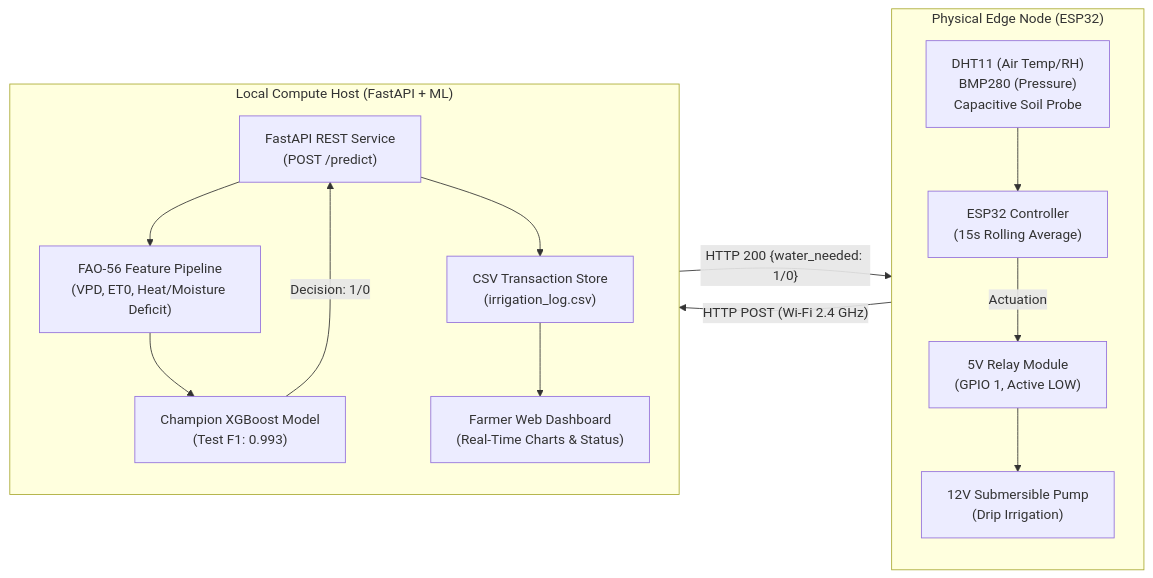
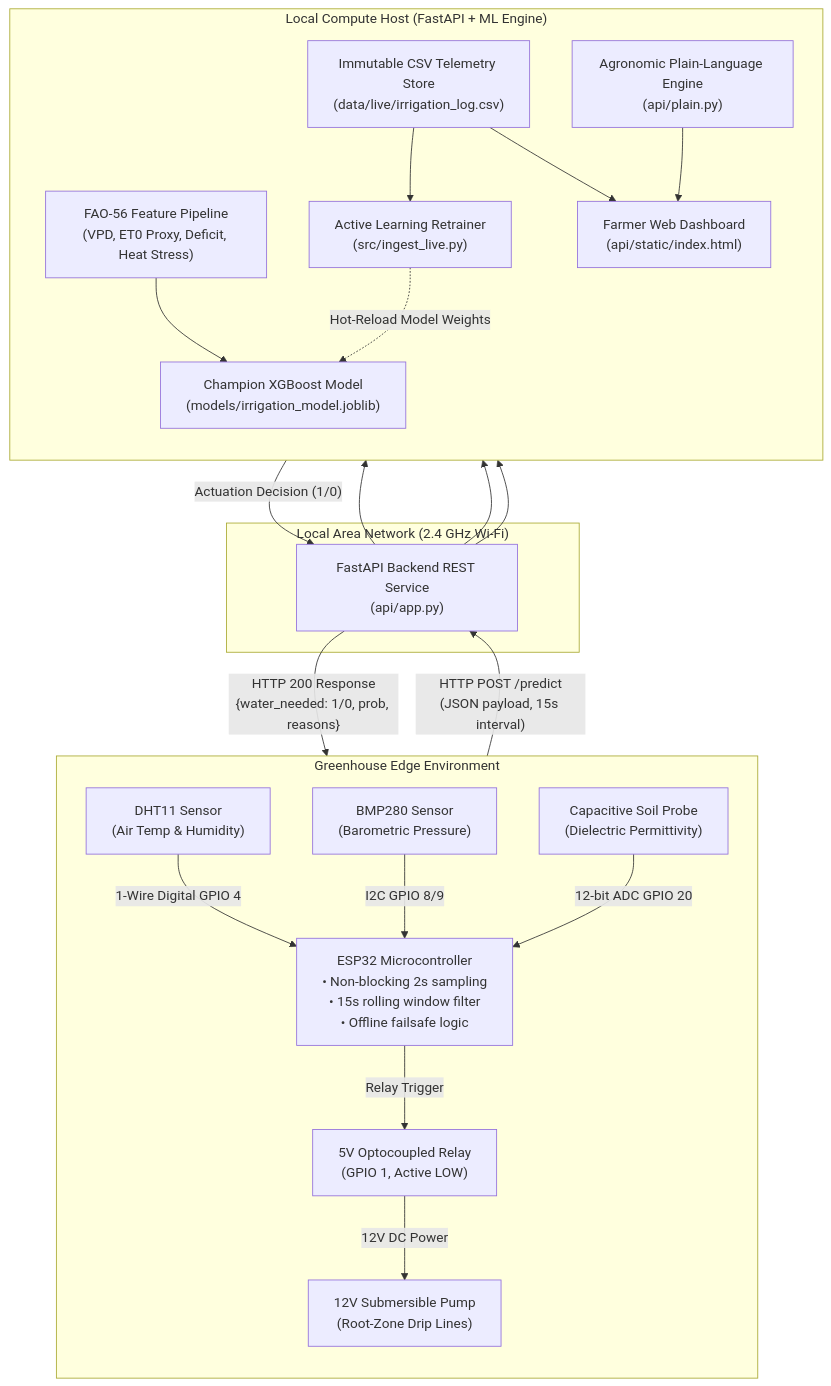
One commit to pramodgiri2468/FYP_Smart_Irrigation_Tomato changed the diagram in README.md. Above: the diagram before and after it, drawn with Mermaid. The commit also changed other lines of this file and 7 other files, not shown here.

````diff
--- a/README.md
+++ b/README.md
@@ -186,31 +95,46 @@
 ```mermaid
-flowchart LR
-  subgraph node["Physical Edge Node (ESP32)"]
+flowchart TB
+  subgraph greenhouse["Greenhouse Edge Environment"]
     direction TB
-    sensors["DHT11 (Air Temp/RH)<br/>BMP280 (Pressure)<br/>Capacitive Soil Probe"]
-    esp["ESP32 Controller<br/>(15s Rolling Average)"]
-    relay["5V Relay Module<br/>(GPIO 1, Active LOW)"]
-    pump["12V Submersible Pump<br/>(Drip Irrigation)"]
-    sensors --> esp
-    esp -->|Actuation| relay
-    relay --> pump
+    dht["DHT11 Sensor<br/>(Air Temp & Humidity)"]
+    bmp["BMP280 Sensor<br/>(Barometric Pressure)"]
+    soil["Capacitive Soil Probe<br/>(Dielectric Permittivity)"]
+    
+    esp["ESP32 Microcontroller<br/>• Non-blocking 2s sampling<br/>• 15s rolling window filter<br/>• Offline failsafe logic"]
+    
+    relay["5V Optocoupled Relay<br/>(GPIO 1, Active LOW)"]
+    pump["12V Submersible Pump<br/>(Root-Zone Drip Lines)"]
+    
+    dht -->|1-Wire Digital GPIO 4| esp
+    bmp -->|I2C GPIO 8/9| esp
+    soil -->|12-bit ADC GPIO 20| esp
+    esp -->|Relay Trigger| relay
+    relay -->|12V DC Power| pump
   end
 
-  subgraph backend["Local Compute Host (FastAPI + ML)"]
+  subgraph network["Local Area Network (2.4 GHz Wi-Fi)"]
+    esp -->|"HTTP POST /predict<br/>(JSON payload, 15s interval)"| api
+    api -->|"HTTP 200 Response<br/>{water_needed: 1/0, prob, reasons}"| esp
+  end
+
+  subgraph host["Local Compute Host (FastAPI + ML Engine)"]
     direction TB
-    api["FastAPI REST Service<br/>(POST /predict)"]
-    fe["FAO-56 Feature Pipeline<br/>(VPD, ET0, Heat/Moisture Deficit)"]
-    xgb["Champion XGBoost Model<br/>(Test F1: 0.993)"]
-    storage["CSV Transaction Store<br/>(irrigation_log.csv)"]
-    dash["Farmer Web Dashboard<br/>(Real-Time Charts & Status)"]
-    
+    api["FastAPI Backend REST Service<br/>(api/app.py)"]
+    fe["FAO-56 Feature Pipeline<br/>(VPD, ET0 Proxy, Deficit, Heat Stress)"]
+    xgb["Champion XGBoost Model<br/>(models/irrigation_model.joblib)"]
+    store["Immutable CSV Telemetry Store<br/>(data/live/irrigation_log.csv)"]
+    active["Active Learning Retrainer<br/>(src/ingest_live.py)"]
+    plain["Agronomic Plain-Language Engine<br/>(api/plain.py)"]
+    dash["Farmer Web Dashboard<br/>(api/static/index.html)"]
+
     api --> fe
     fe --> xgb
-    xgb -->|Decision: 1/0| api
-    api --> storage
-    storage --> dash
+    xgb -->|"Actuation Decision (1/0)"| api
+    api --> store
+    store --> active
+    active -.->|"Hot-Reload Model Weights"| xgb
+    api --> plain
+    plain --> dash
+    store --> dash
   end
-
-  esp -->|"HTTP POST (Wi-Fi 2.4 GHz)"| api
-  api -->|"HTTP 200 {water_needed: 1/0}"| esp
 ```
````
